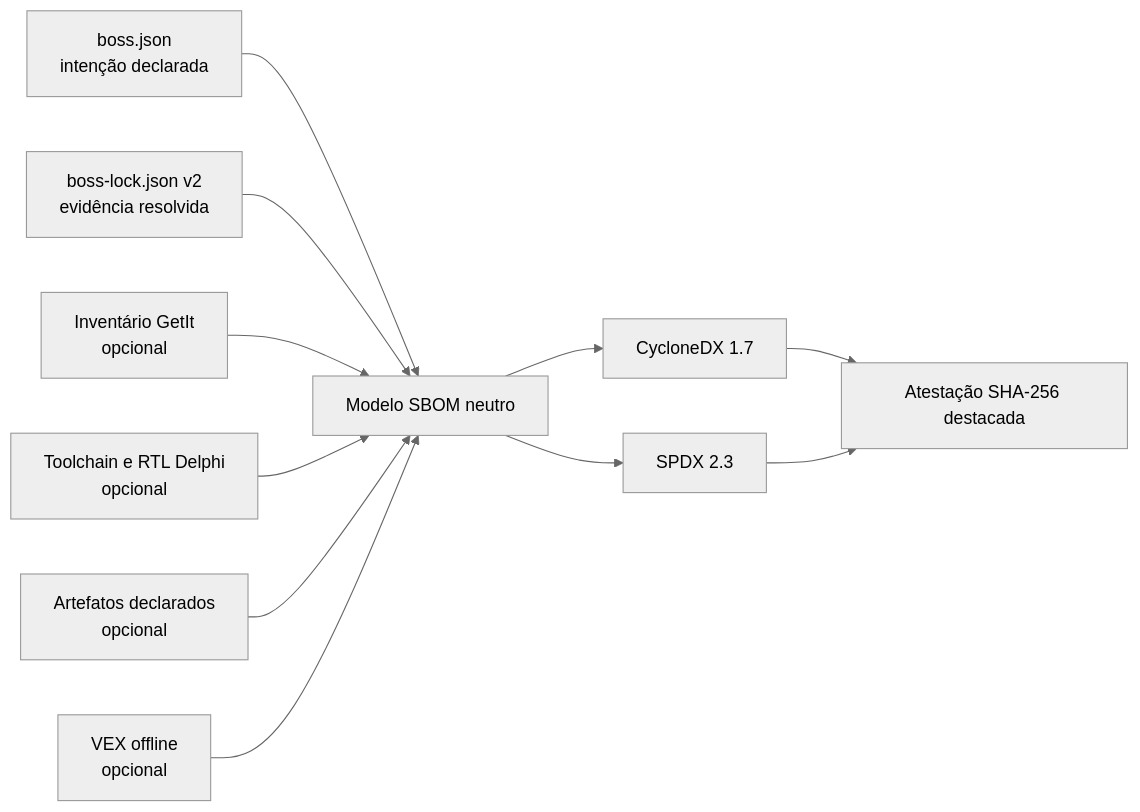
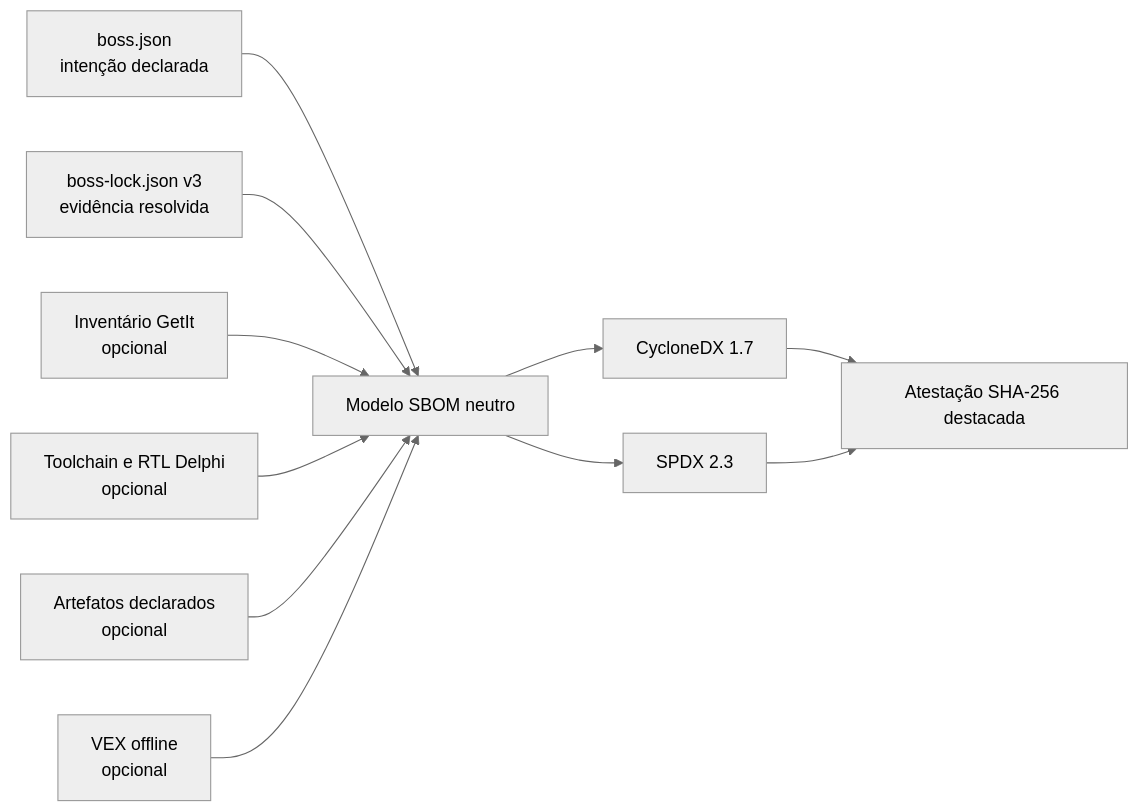
Before and after one commit to regyssilveira/Boss4Delphi: the diagram in docs/sbom.pt-BR.md, drawn with Mermaid (neutral theme). The commit also changed other lines of this file and 25 other files, not shown here.

````diff
--- a/docs/sbom.pt-BR.md
+++ b/docs/sbom.pt-BR.md
@@ -42,13 +45,13 @@
 ```mermaid
 flowchart LR
     M["boss.json<br/>intenção declarada"] --> B["Modelo SBOM neutro"]
-    L["boss-lock.json v2<br/>evidência resolvida"] --> B
+    L["boss-lock.json v3<br/>evidência resolvida"] --> B
     G["Inventário GetIt<br/>opcional"] --> B
     T["Toolchain e RTL Delphi<br/>opcional"] --> B
     A["Artefatos declarados<br/>opcional"] --> B
     V["VEX offline<br/>opcional"] --> B
     B --> C["CycloneDX 1.7"]
     B --> S["SPDX 2.3"]
     C --> I["Atestação SHA-256 destacada"]
     S --> I
 ```
````
